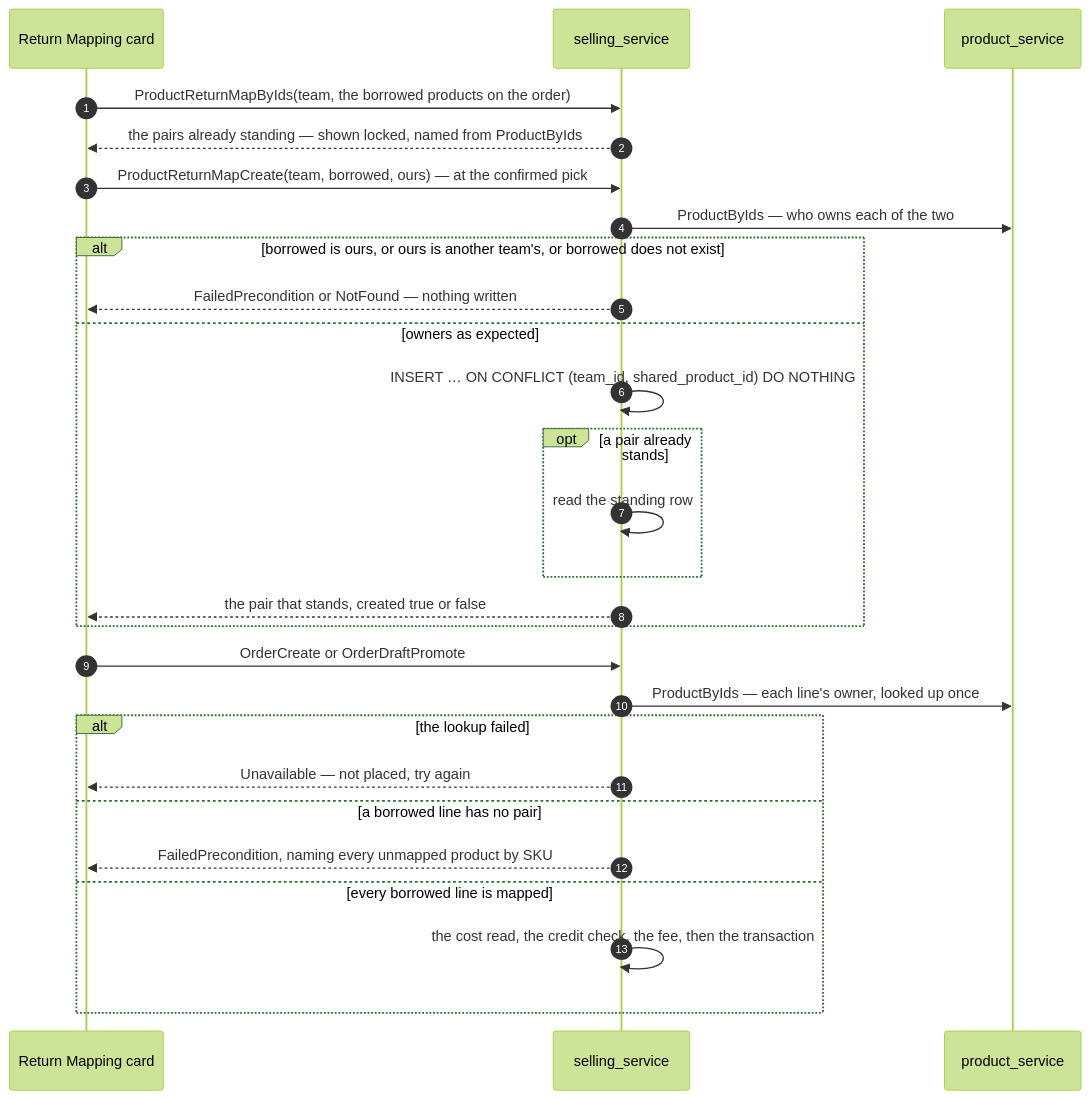
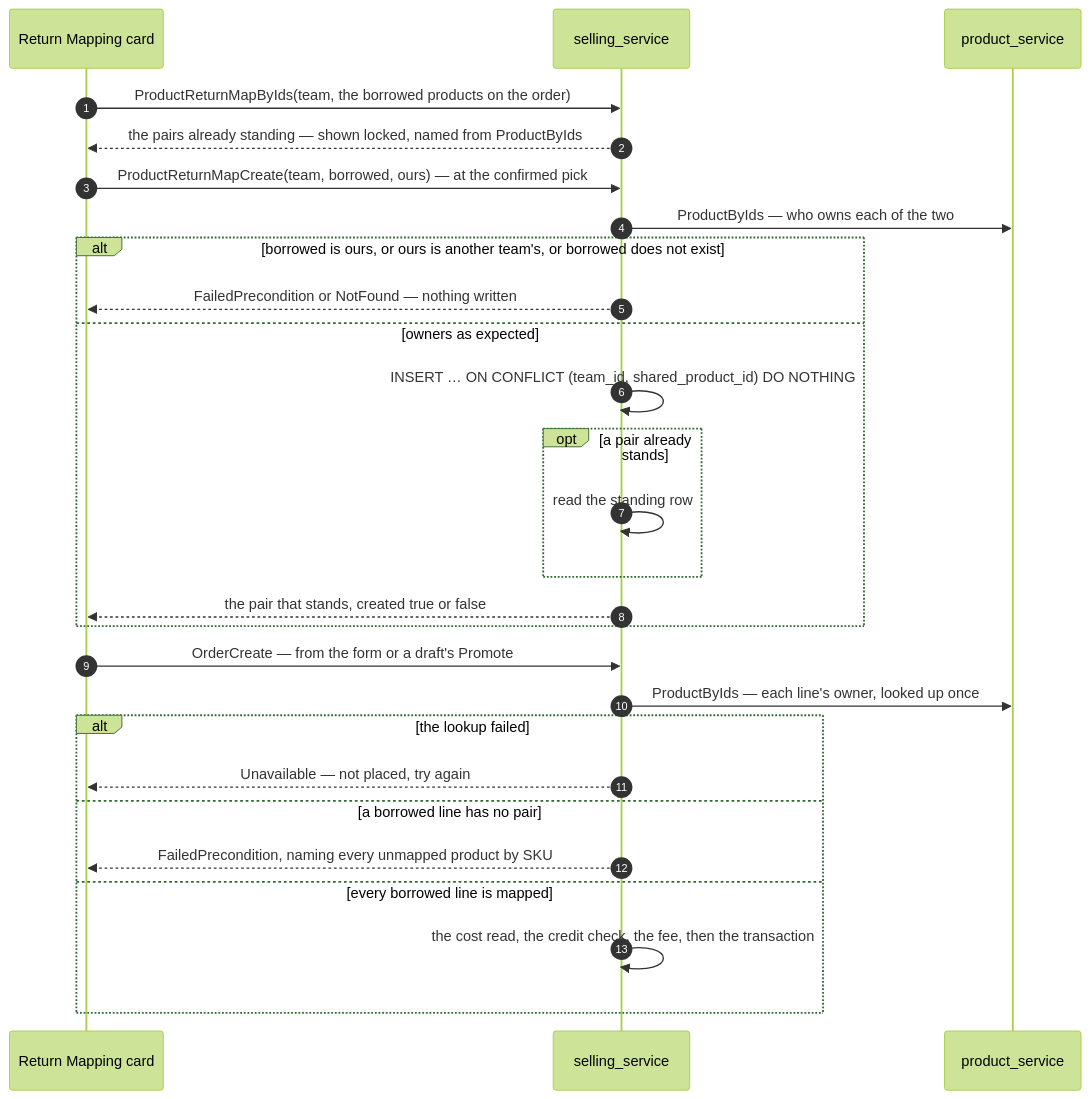
Before and after one commit to pdcgo/warehouse_revamp: diagram 11 of 15 in docs/services/selling_service/rpc.md, drawn with Mermaid (forest theme). The commit also changed other lines of this file and 59 other files, not shown here.

First line of the commit message:
feat(order): a draft becomes an order through OrderCreate, the ref is required, every time is WIB

````diff
--- a/docs/services/selling_service/rpc.md
+++ b/docs/services/selling_service/rpc.md
@@ -650,30 +626,30 @@
 ```mermaid
 sequenceDiagram
     autonumber
     participant UI as Return Mapping card
     participant SELL as selling_service
     participant P as product_service
 
     UI->>SELL: ProductReturnMapByIds(team, the borrowed products on the order)
     SELL-->>UI: the pairs already standing — shown locked, named from ProductByIds
     UI->>SELL: ProductReturnMapCreate(team, borrowed, ours) — at the confirmed pick
     SELL->>P: ProductByIds — who owns each of the two
     alt borrowed is ours, or ours is another team's, or borrowed does not exist
         SELL-->>UI: FailedPrecondition or NotFound — nothing written
     else owners as expected
         SELL->>SELL: INSERT … ON CONFLICT (team_id, shared_product_id) DO NOTHING
         opt a pair already stands
             SELL->>SELL: read the standing row
         end
         SELL-->>UI: the pair that stands, created true or false
     end
-    UI->>SELL: OrderCreate or OrderDraftPromote
+    UI->>SELL: OrderCreate — from the form or a draft's Promote
     SELL->>P: ProductByIds — each line's owner, looked up once
     alt the lookup failed
         SELL-->>UI: Unavailable — not placed, try again
     else a borrowed line has no pair
         SELL-->>UI: FailedPrecondition, naming every unmapped product by SKU
     else every borrowed line is mapped
         SELL->>SELL: the cost read, the credit check, the fee, then the transaction
     end
 ```
````
